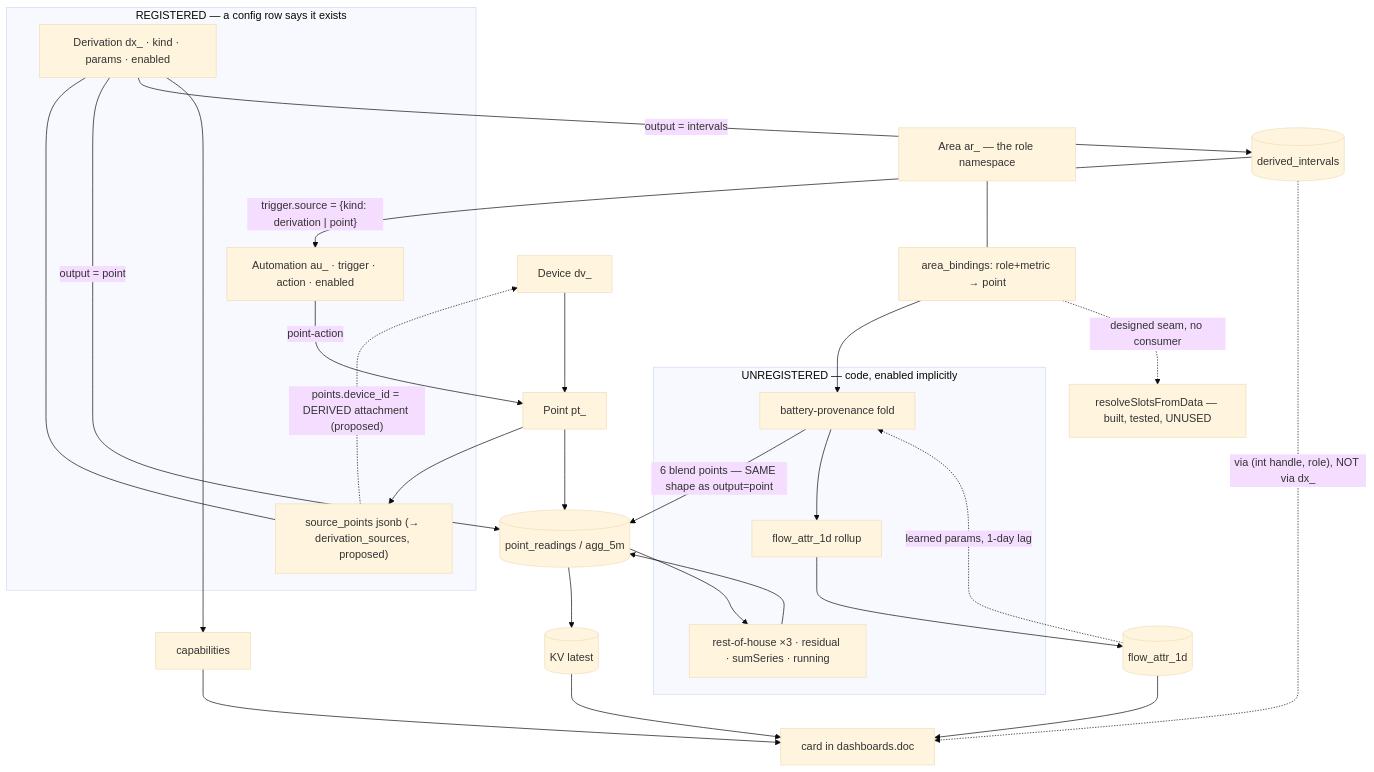
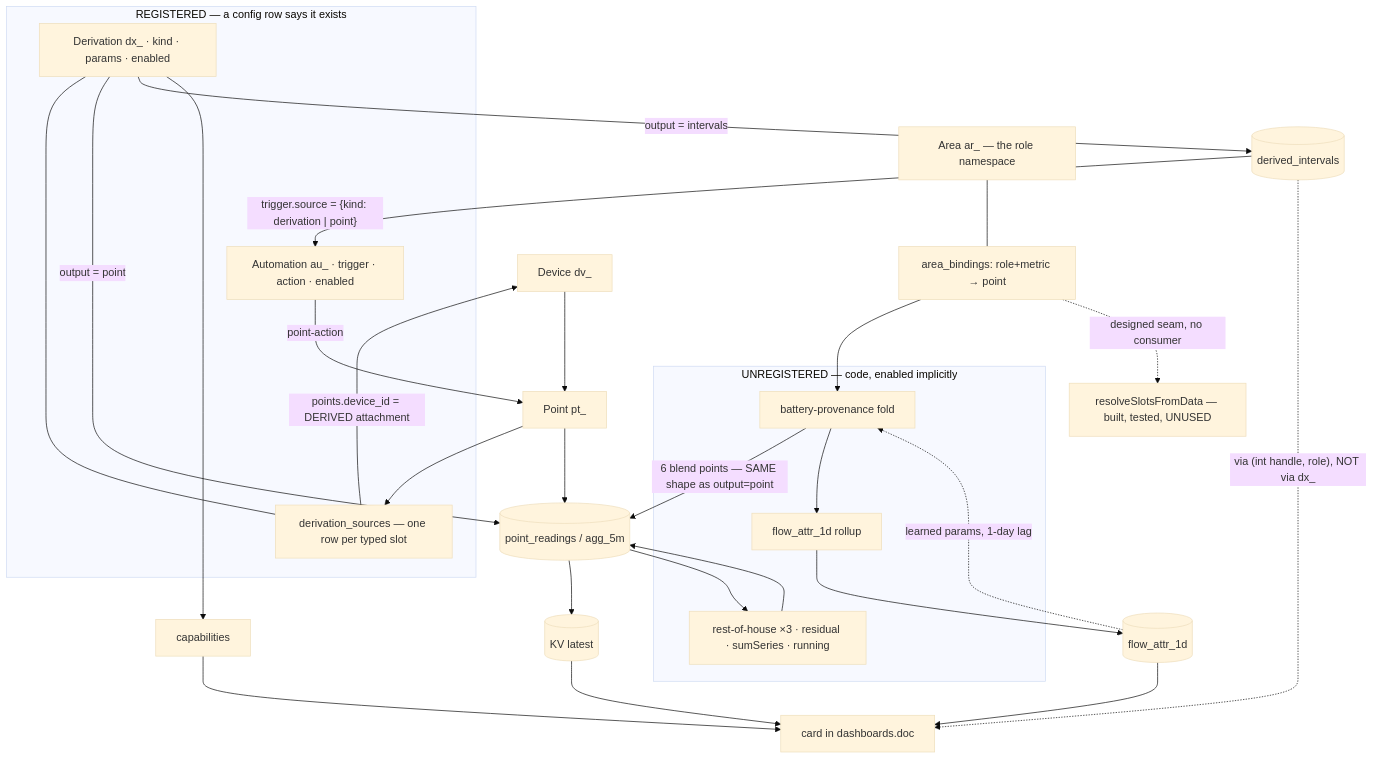
The diagram in docs/plans/block-model.md (simonhac/LiveOne), drawn with Mermaid (base theme) before and after one commit. The commit also changed other lines of this file and 29 other files, not shown here.

````diff
--- a/docs/plans/block-model.md
+++ b/docs/plans/block-model.md
@@ -228,35 +229,35 @@
 ```mermaid
 flowchart TB
   DEV["Device dv_"] --> PT["Point pt_"] --> RD[("point_readings / agg_5m")] --> KV[("KV latest")]
   AR["Area ar_ — the role namespace"] --- BND["area_bindings: role+metric → point"]
 
   subgraph REG["REGISTERED — a config row says it exists"]
-    DX["Derivation dx_ · kind · params · enabled"] --- SP["source_points jsonb (→ derivation_sources, proposed)"]
+    DX["Derivation dx_ · kind · params · enabled"] --- SP["derivation_sources — one row per typed slot"]
     AU["Automation au_ · trigger · action · enabled"]
   end
   PT --> SP
-  SP -.->|"points.device_id = DERIVED attachment (proposed)"| DEV
+  SP -->|"points.device_id = DERIVED attachment"| DEV
   DX -->|"output = point"| RD
   DX -->|"output = intervals"| DI[("derived_intervals")]
   DI -->|"trigger.source = {kind: derivation | point}"| AU
   AU -->|"point-action"| PT
 
   subgraph UNREG["UNREGISTERED — code, enabled implicitly"]
     FOLD["battery-provenance fold"]
     ROLL["flow_attr_1d rollup"]
     SYN["rest-of-house ×3 · residual · sumSeries · running"]
   end
   BND --> FOLD
   FOLD -->|"6 blend points — SAME shape as output=point"| RD
   FOLD --> ROLL --> FA[("flow_attr_1d")]
   FA -.->|"learned params, 1-day lag"| FOLD
   RD --> SYN --> RD
 
   RES["resolveSlotsFromData — built, tested, UNUSED"]
   BND -.->|"designed seam, no consumer"| RES
 
   DX --> CAP["capabilities"] --> CARD["card in dashboards.doc"]
   KV --> CARD
   FA --> CARD
   DI -.->|"via (int handle, role), NOT via dx_"| CARD
 ```
````
